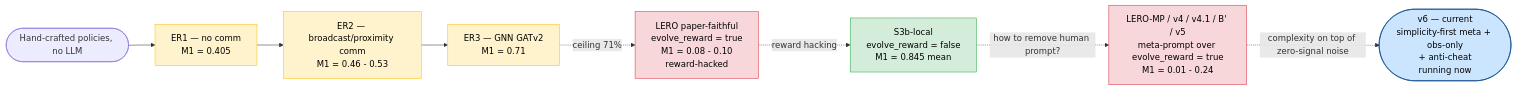
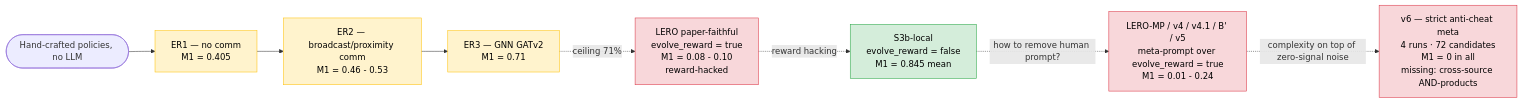
Before and after one commit to antfin/VectorizedMultiAgentSimulator: the first of 3 diagrams in rendezvous_comm/docs/experiment_storyline.md, drawn with Mermaid. The commit also changed other lines of this file and 29 other files, not shown here.

````diff
--- a/rendezvous_comm/docs/experiment_storyline.md
+++ b/rendezvous_comm/docs/experiment_storyline.md
@@ -21,26 +21,25 @@
 ```mermaid
 flowchart LR
     Start([Hand-crafted policies, no LLM])
     ER1[ER1 — no comm<br/>M1 = 0.405]
     ER2[ER2 — broadcast/proximity comm<br/>M1 = 0.46 - 0.53]
     ER3[ER3 — GNN GATv2<br/>M1 = 0.71]
     LERO_REWARD[LERO paper-faithful<br/>evolve_reward = true<br/>M1 = 0.08 - 0.10<br/>reward-hacked]
     S3B[S3b-local<br/>evolve_reward = false<br/>M1 = 0.845 mean]
     META[LERO-MP / v4 / v4.1 / B' / v5<br/>meta-prompt over evolve_reward = true<br/>M1 = 0.01 - 0.24]
-    V6([v6 — current<br/>simplicity-first meta + obs-only<br/>+ anti-cheat<br/>running now])
+    V6[v6 — strict anti-cheat meta<br/>4 runs · 72 candidates<br/>M1 = 0 in all<br/>missing: cross-source AND-products]
 
     Start --> ER1 --> ER2 --> ER3
     ER3 -. ceiling 71% .-> LERO_REWARD
     LERO_REWARD -. reward hacking .-> S3B
     S3B -. how to remove human prompt? .-> META
     META -. complexity on top of zero-signal noise .-> V6
 
     classDef win fill:#d4edda,stroke:#28a745,color:#000;
     classDef loss fill:#f8d7da,stroke:#dc3545,color:#000;
     classDef neutral fill:#fff3cd,stroke:#ffc107,color:#000;
     classDef pending fill:#cce5ff,stroke:#004085,color:#000;
     class ER1,ER2,ER3 neutral;
-    class LERO_REWARD,META loss;
+    class LERO_REWARD,META,V6 loss;
     class S3B win;
-    class V6 pending;
 ```
````
